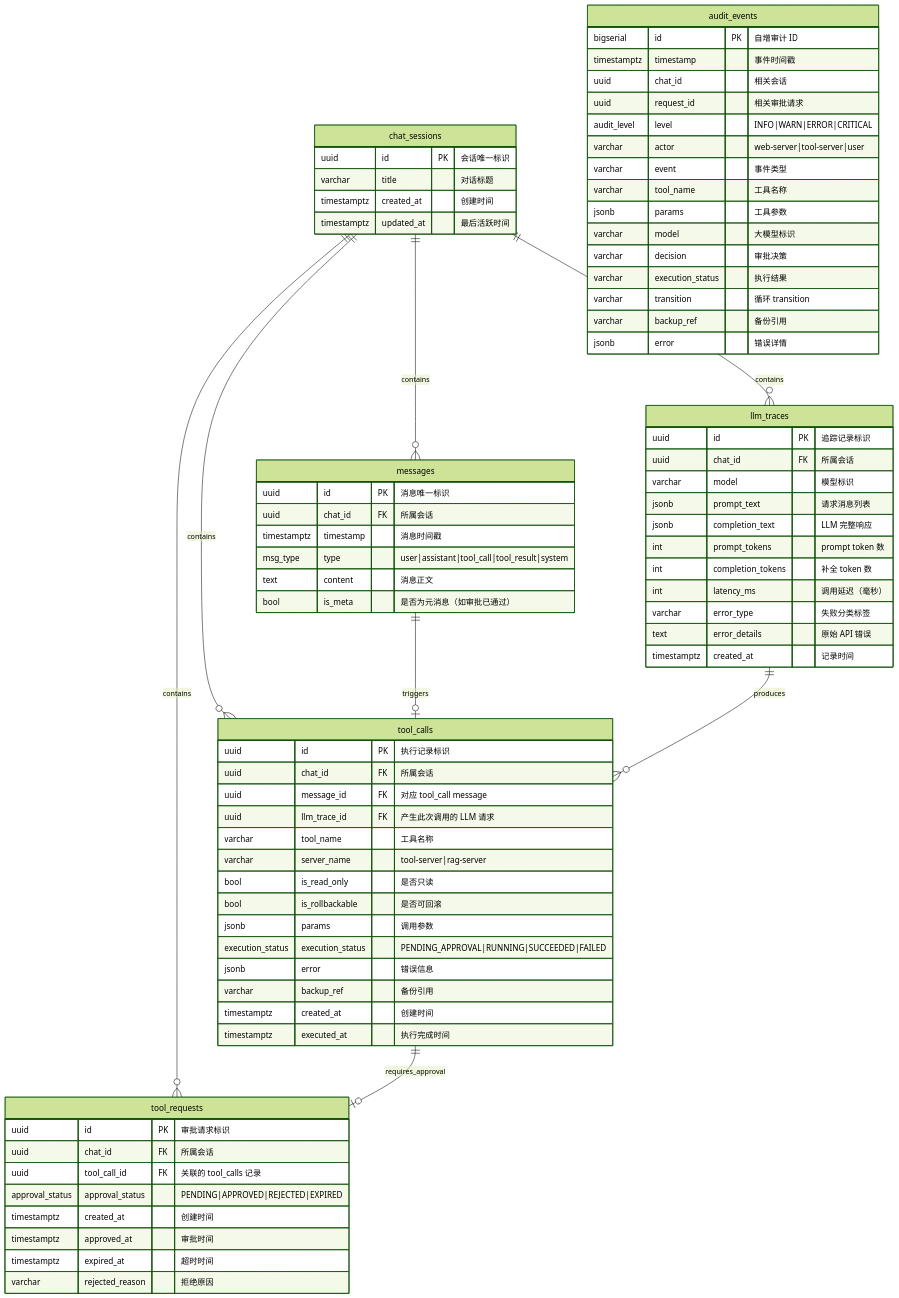
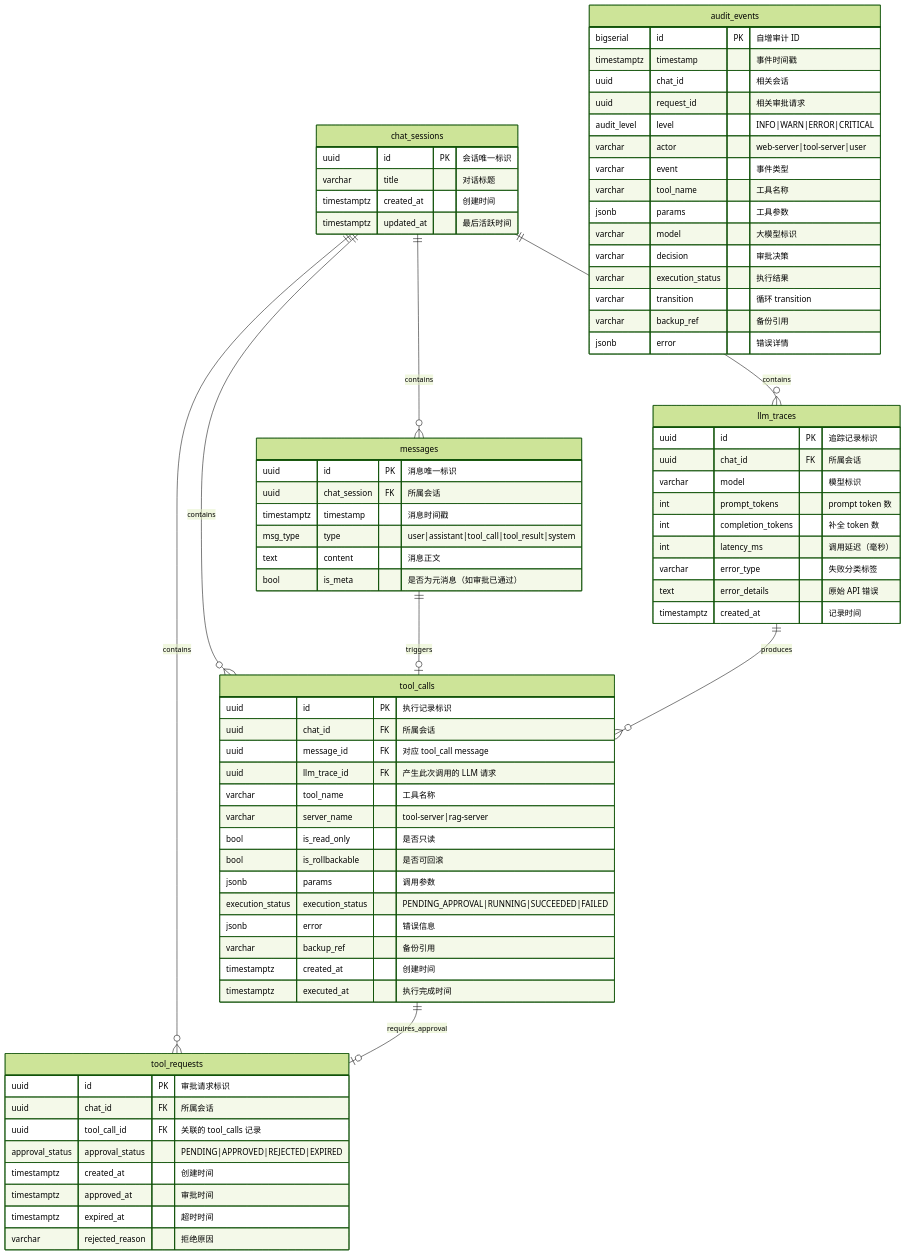
Before and after one commit to nazzeDe/alascup-agent: the diagram in doc/数据库设计.md, drawn with Mermaid (forest theme). The commit also changed other lines of this file and 33 other files, not shown here.

```diff
--- a/doc/数据库设计.md
+++ b/doc/数据库设计.md
@@ -22,7 +22,7 @@
 
     messages {
         uuid id PK "消息唯一标识"
-        uuid chat_id FK "所属会话"
+        uuid chat_session FK "所属会话"
         timestamptz timestamp "消息时间戳"
         msg_type type "user|assistant|tool_call|tool_result|system"
         text content "消息正文"
@@ -79,8 +79,6 @@
         uuid id PK "追踪记录标识"
         uuid chat_id FK "所属会话"
         varchar model "模型标识"
-        jsonb prompt_text "请求消息列表"
-        jsonb completion_text "LLM 完整响应"
         int prompt_tokens "prompt token 数"
         int completion_tokens "补全 token 数"
         int latency_ms "调用延迟（毫秒）"
```
